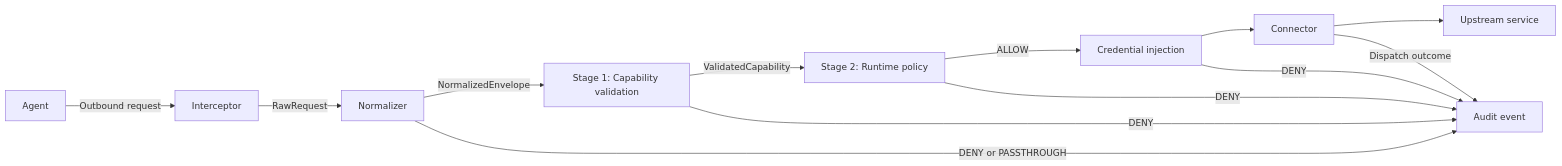
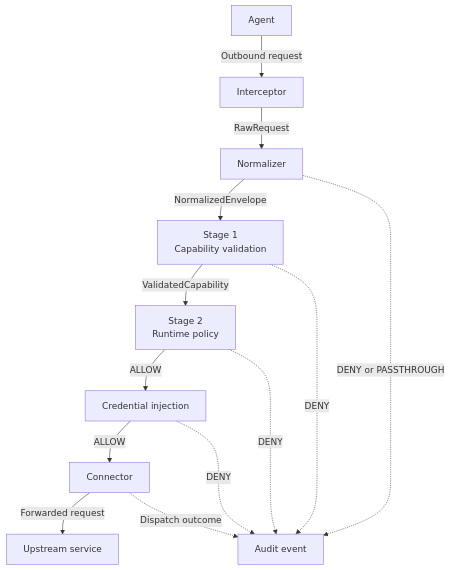
Before and after one commit to Firma-AI/openfirma: the first of 2 diagrams in docs-site/src/content/docs/concepts/pipeline.md, drawn with Mermaid. The commit also changed other lines of this file and 7 other files, not shown here.

````diff
--- a/docs-site/src/content/docs/concepts/pipeline.md
+++ b/docs-site/src/content/docs/concepts/pipeline.md
@@ -14,16 +14,26 @@
 ```mermaid
-flowchart LR
-    agent["Agent"] -->|"Outbound request"| interceptor["Interceptor"]
-    interceptor -->|"RawRequest"| normalizer["Normalizer"]
-    normalizer -->|"NormalizedEnvelope"| capability["Stage 1: Capability validation"]
-    capability -->|"ValidatedCapability"| policy["Stage 2: Runtime policy"]
-    policy -->|"ALLOW"| credentials["Credential injection"]
-    credentials --> connector["Connector"]
-    connector --> upstream["Upstream service"]
+flowchart TB
+    agent["Agent"]
+    interceptor["Interceptor"]
+    normalizer["Normalizer"]
+    capability["Stage 1<br/>Capability validation"]
+    policy["Stage 2<br/>Runtime policy"]
+    credentials["Credential injection"]
+    connector["Connector"]
+    upstream["Upstream service"]
+    audit["Audit event"]
 
-    normalizer -->|"DENY or PASSTHROUGH"| audit["Audit event"]
-    capability -->|"DENY"| audit
-    policy -->|"DENY"| audit
-    credentials -->|"DENY"| audit
-    connector -->|"Dispatch outcome"| audit
+    agent -->|"Outbound request"| interceptor
+    interceptor -->|"RawRequest"| normalizer
+    normalizer -->|"NormalizedEnvelope"| capability
+    capability -->|"ValidatedCapability"| policy
+    policy -->|"ALLOW"| credentials
+    credentials -->|"ALLOW"| connector
+    connector -->|"Forwarded request"| upstream
+
+    normalizer -. "DENY or PASSTHROUGH" .-> audit
+    capability -. "DENY" .-> audit
+    policy -. "DENY" .-> audit
+    credentials -. "DENY" .-> audit
+    connector -. "Dispatch outcome" .-> audit
 ```
````
